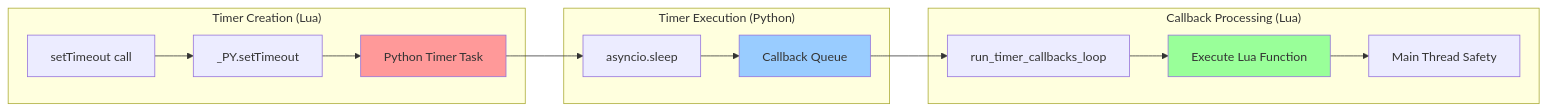
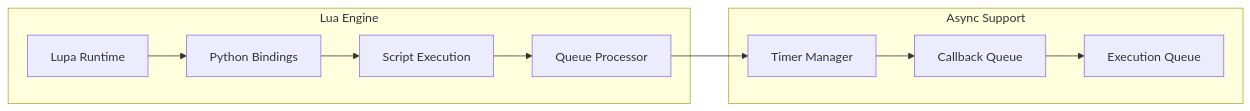
Before and after one commit to jangabrielsson/plua: the second of 18 diagrams in ARCHITECTURE.md, drawn with Mermaid. The commit also changed other lines of this file and 404 other files, not shown here.

````diff
--- a/ARCHITECTURE.md
+++ b/ARCHITECTURE.md
@@ -160,22 +78,22 @@
 ```mermaid
 graph LR
-    subgraph "Timer Creation (Lua)"
-        A[setTimeout call] --> B[_PY.setTimeout]
-        B --> C[Python Timer Task]
+    subgraph "Lua Engine"
+        LUA_RUNTIME[Lupa Runtime]
+        BINDINGS[Python Bindings]
+        SCRIPT_EXEC[Script Execution]
+        QUEUE_PROC[Queue Processor]
     end
     
-    subgraph "Timer Execution (Python)"
-        C --> D[asyncio.sleep]
-        D --> E[Callback Queue]
+    subgraph "Async Support"
+        TIMER_MGR[Timer Manager]
+        CALLBACK_Q[Callback Queue]
+        EXEC_Q[Execution Queue]
     end
     
-    subgraph "Callback Processing (Lua)"
-        E --> F[run_timer_callbacks_loop]
-        F --> G[Execute Lua Function]
-        G --> H[Main Thread Safety]
-    end
-    
-    style C fill:#ff9999
-    style E fill:#99ccff
-    style G fill:#99ff99
+    LUA_RUNTIME --> BINDINGS
+    BINDINGS --> SCRIPT_EXEC
+    SCRIPT_EXEC --> QUEUE_PROC
+    QUEUE_PROC --> TIMER_MGR
+    TIMER_MGR --> CALLBACK_Q
+    CALLBACK_Q --> EXEC_Q
 ```
````
